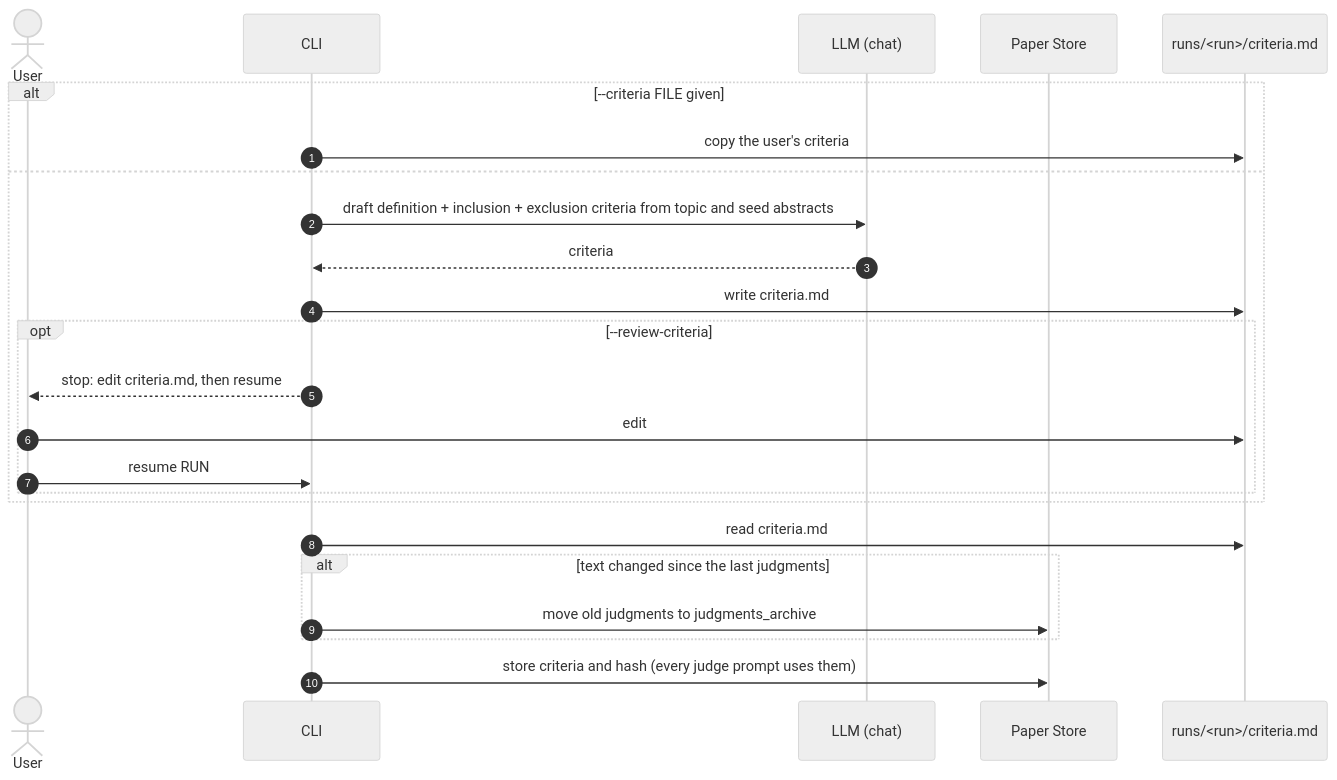
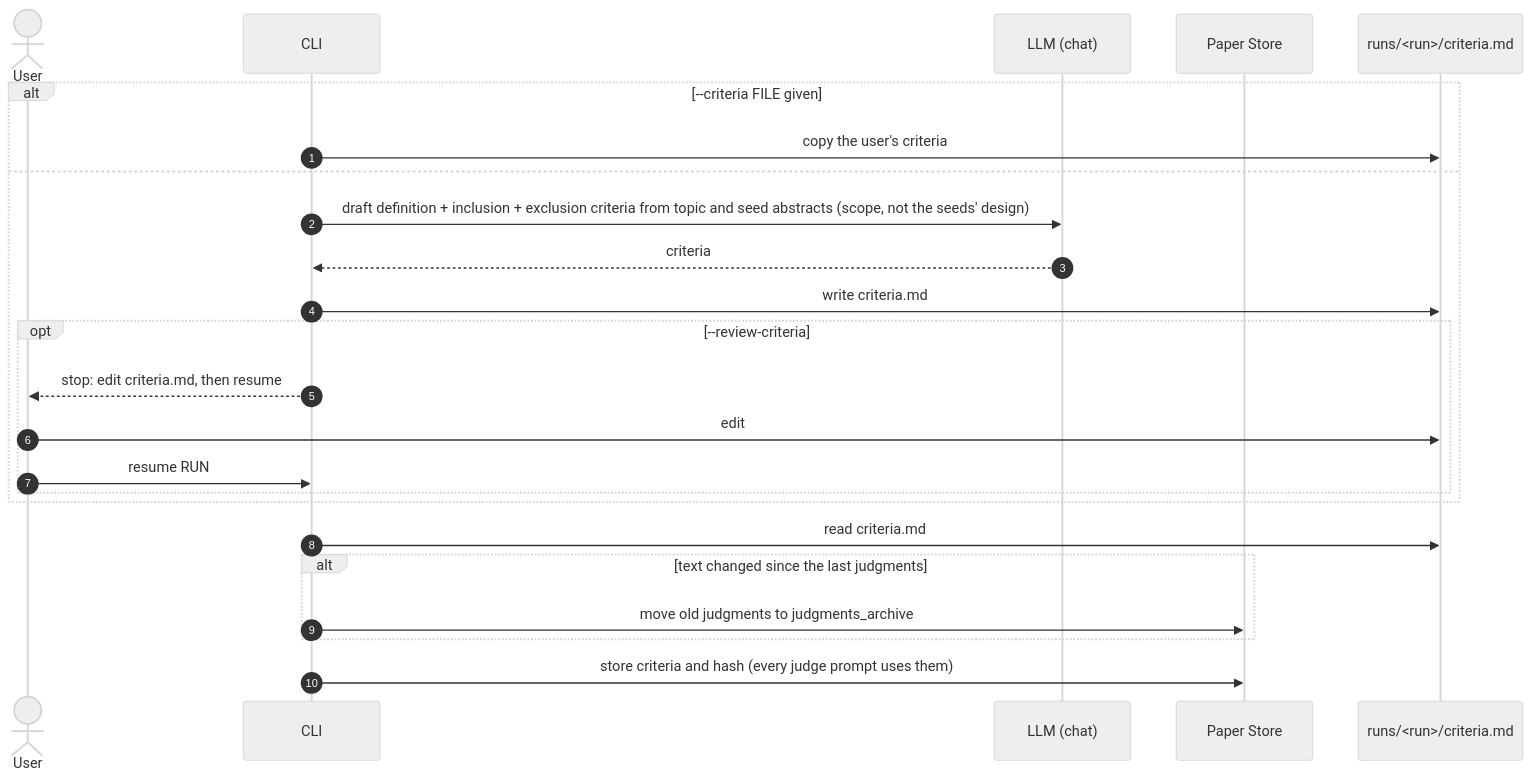
One commit to soorimess/litscout changed the third of 6 diagrams in docs/sequence-diagrams.md. Above: the diagram before and after it, drawn with Mermaid (neutral theme). The commit also changed other lines of this file and 15 other files, not shown here.

First line of the commit message:
GitHub repositories as grey literature; field-level topic and criteria from seeds

````diff
--- a/docs/sequence-diagrams.md
+++ b/docs/sequence-diagrams.md
@@ -72,27 +72,27 @@
 ```mermaid
 sequenceDiagram
     autonumber
     actor User
     participant CLI
     participant LLM as LLM (chat)
     participant DB as Paper Store
     participant F as runs/<run>/criteria.md
 
     alt --criteria FILE given
         CLI->>F: copy the user's criteria
     else
-        CLI->>LLM: draft definition + inclusion + exclusion criteria from topic and seed abstracts
+        CLI->>LLM: draft definition + inclusion + exclusion criteria from topic and seed abstracts (scope, not the seeds' design)
         LLM-->>CLI: criteria
         CLI->>F: write criteria.md
         opt --review-criteria
             CLI-->>User: stop: edit criteria.md, then resume
             User->>F: edit
             User->>CLI: resume RUN
         end
     end
     CLI->>F: read criteria.md
     alt text changed since the last judgments
         CLI->>DB: move old judgments to judgments_archive
     end
     CLI->>DB: store criteria and hash (every judge prompt uses them)
 ```
````
